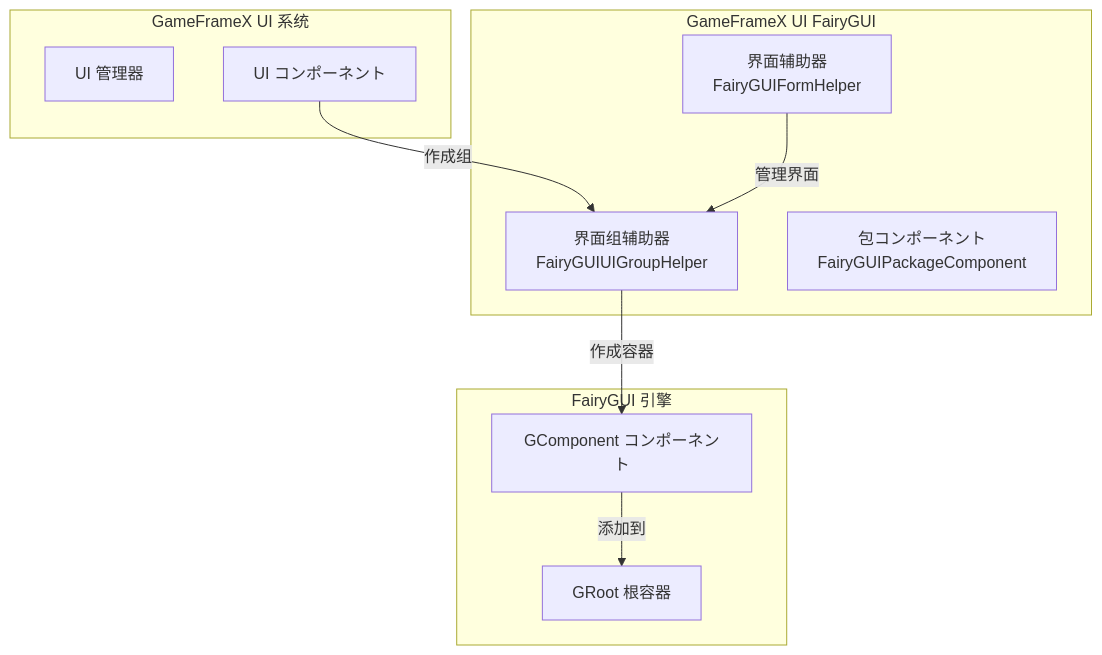
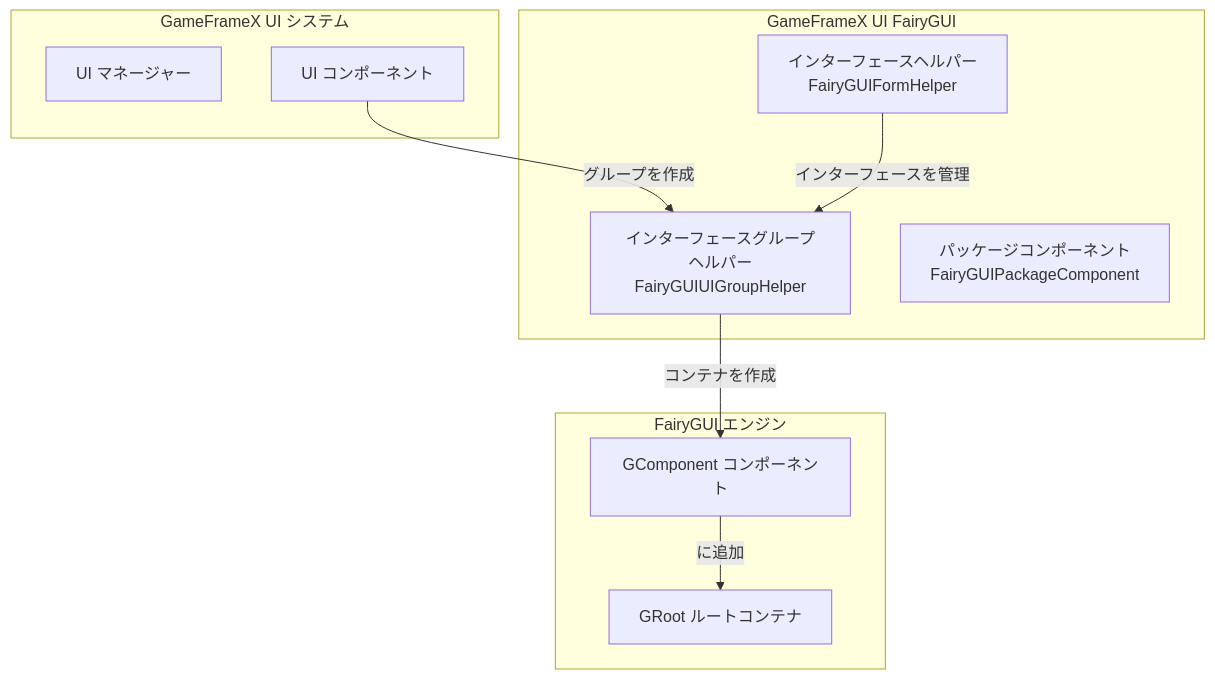
One commit to AlianBlank/GameFrameX.Docs changed the second of 4 diagrams in docs/ja/client/unity/component/ui-fairygui/11.ui-group-helper.md. Above: the diagram before and after it, drawn with Mermaid. The commit also changed other lines of this file and 320 other files, not shown here.

````diff
--- a/docs/ja/client/unity/component/ui-fairygui/11.ui-group-helper.md
+++ b/docs/ja/client/unity/component/ui-fairygui/11.ui-group-helper.md
@@ -55,23 +55,23 @@
 ```mermaid
 flowchart TD
-    subgraph UI系统["GameFrameX UI 系统"]
-        UIManager[UI 管理器]
+    subgraph UIシステム["GameFrameX UI システム"]
+        UIManager[UI マネージャー]
         UIComponent[UI コンポーネント]
     end
-    
-    subgraph FairyGUI插件["GameFrameX UI FairyGUI"]
-        FairyGUIUIGroupHelper["界面组辅助器<br/>FairyGUIUIGroupHelper"]
-        FairyGUIFormHelper["界面辅助器<br/>FairyGUIFormHelper"]
-        FairyGUIPackageComponent["包コンポーネント<br/>FairyGUIPackageComponent"]
+
+    subgraph FairyGUIプラグイン["GameFrameX UI FairyGUI"]
+        FairyGUIUIGroupHelper["インターフェースグループヘルパー<br/>FairyGUIUIGroupHelper"]
+        FairyGUIFormHelper["インターフェースヘルパー<br/>FairyGUIFormHelper"]
+        FairyGUIPackageComponent["パッケージコンポーネント<br/>FairyGUIPackageComponent"]
     end
-    
-    subgraph FairyGUI引擎["FairyGUI 引擎"]
-        GRoot[GRoot 根容器]
+
+    subgraph FairyGUIエンジン["FairyGUI エンジン"]
+        GRoot[GRoot ルートコンテナ]
         GComponent[GComponent コンポーネント]
     end
-    
-    UIComponent -->|作成组| FairyGUIUIGroupHelper
-    FairyGUIUIGroupHelper -->|作成容器| GComponent
-    GComponent -->|添加到| GRoot
-    FairyGUIFormHelper -->|管理界面| FairyGUIUIGroupHelper
+
+    UIComponent -->|グループを作成| FairyGUIUIGroupHelper
+    FairyGUIUIGroupHelper -->|コンテナを作成| GComponent
+    GComponent -->|に追加| GRoot
+    FairyGUIFormHelper -->|インターフェースを管理| FairyGUIUIGroupHelper
 ```
````
